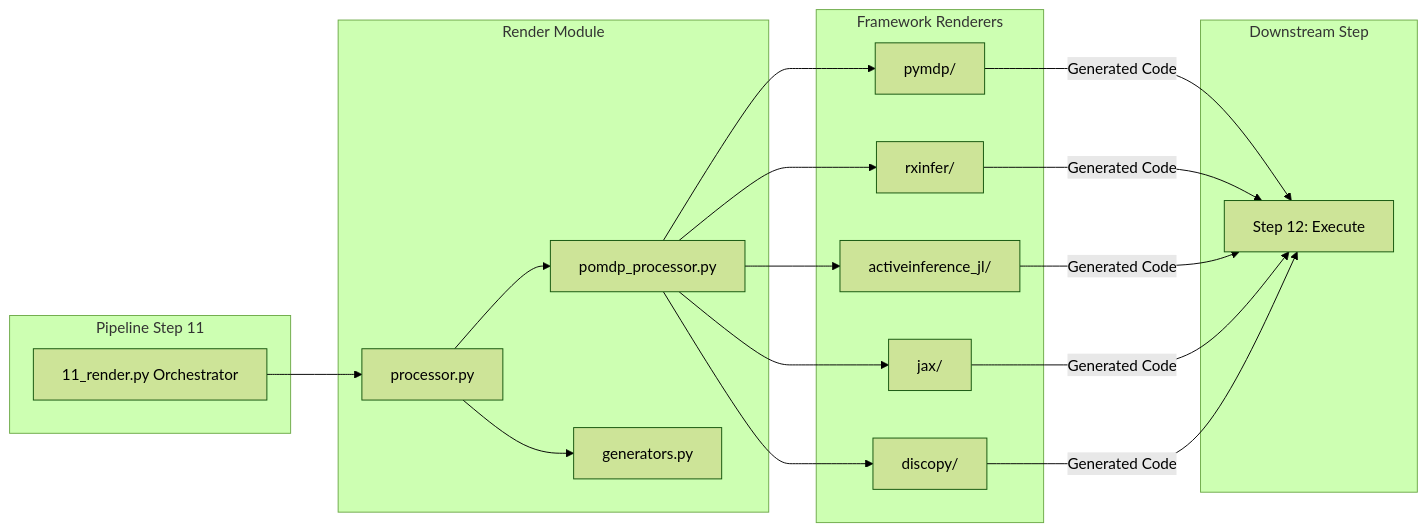
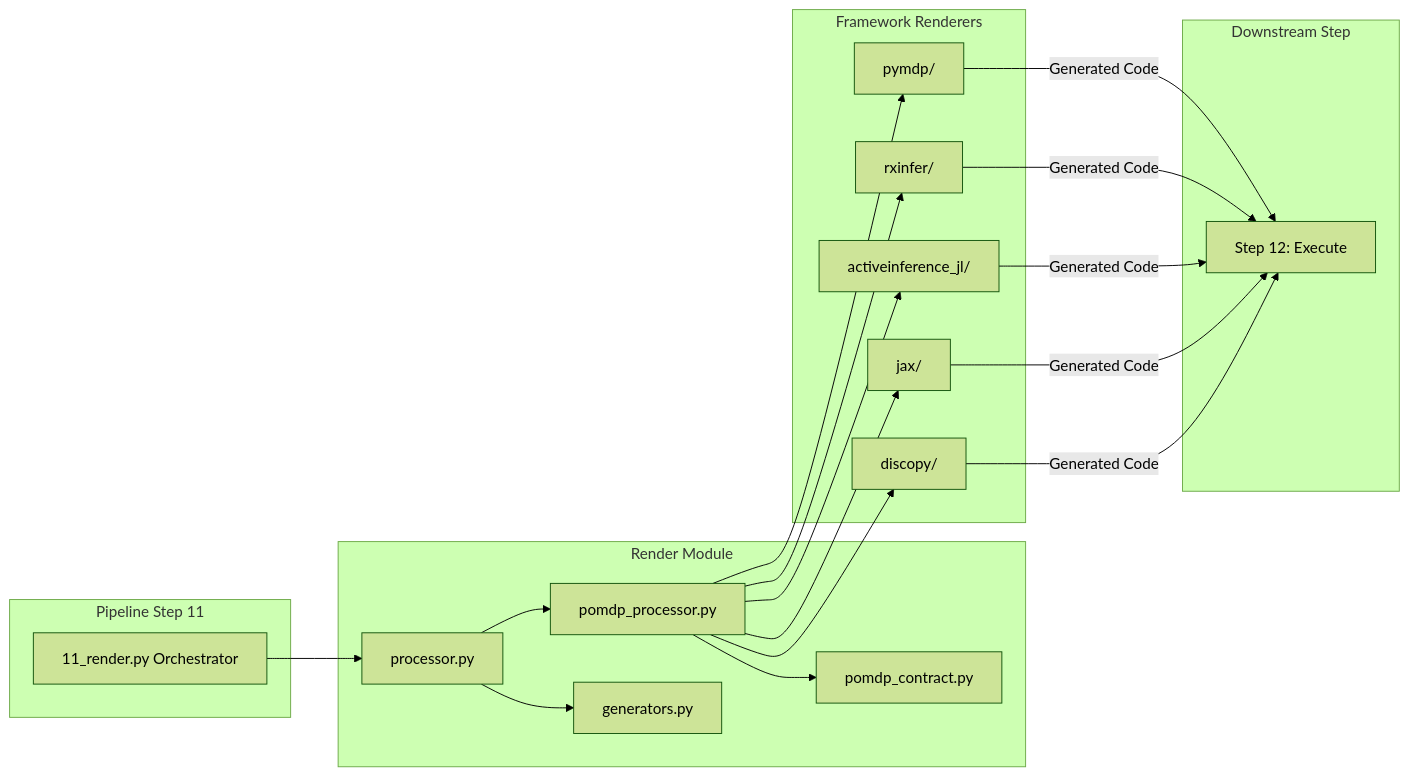
Before and after one commit to ActiveInferenceInstitute/GeneralizedNotationNotation: the third of 3 diagrams in src/render/README.md, drawn with Mermaid (forest theme). The commit also changed other lines of this file and 133 other files, not shown here.

````diff
--- a/src/render/README.md
+++ b/src/render/README.md
@@ -92,40 +93,42 @@
 ```mermaid
 flowchart LR
     subgraph "Pipeline Step 11"
         Step11[11_render.py Orchestrator]
     end
     
     subgraph "Render Module"
         Processor[processor.py]
         POMDPProc[pomdp_processor.py]
+        Contract[pomdp_contract.py]
         Generators[generators.py]
     end
     
     subgraph "Framework Renderers"
         PyMDP[pymdp/]
         RxInfer[rxinfer/]
         ActInf[activeinference_jl/]
         JAX[jax/]
         DisCoPy[discopy/]
     end
     
     subgraph "Downstream Step"
         Step12[Step 12: Execute]
     end
     
     Step11 --> Processor
     Processor --> POMDPProc
+    POMDPProc --> Contract
     Processor --> Generators
     
     POMDPProc --> PyMDP
     POMDPProc --> RxInfer
     POMDPProc --> ActInf
     POMDPProc --> JAX
     POMDPProc --> DisCoPy
     
     PyMDP -->|Generated Code| Step12
     RxInfer -->|Generated Code| Step12
     ActInf -->|Generated Code| Step12
     JAX -->|Generated Code| Step12
     DisCoPy -->|Generated Code| Step12
 ```
````
